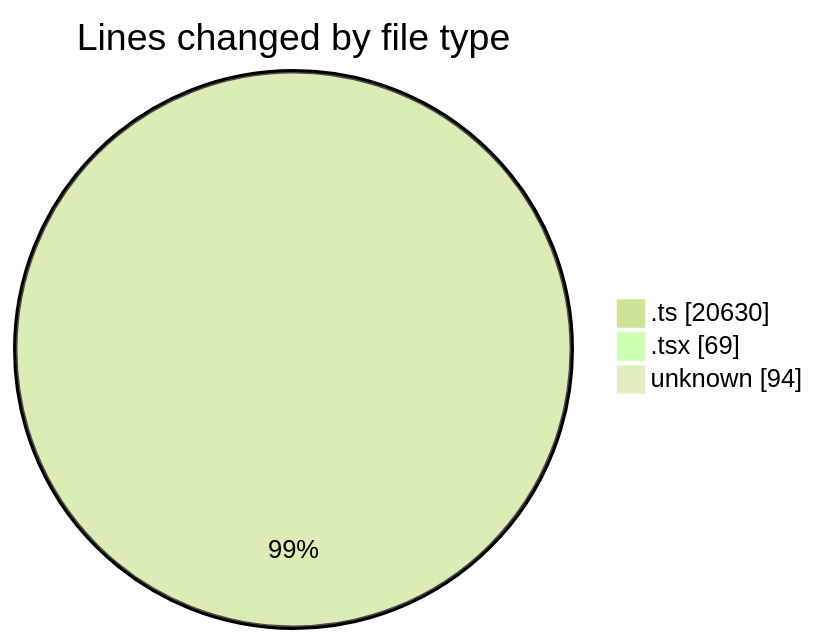
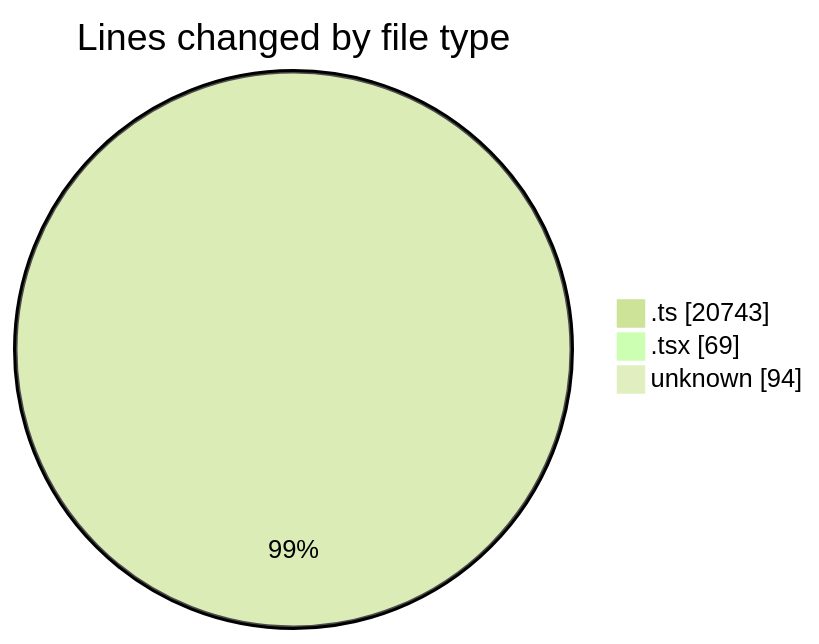
The first of 2 diagrams in 2025-09-11/cda/README.md (momahboobian/code-tracking), drawn with Mermaid (forest theme) before and after one commit. The commit also changed other lines of this file and 1 other file, not shown here.

````diff
--- a/2025-09-11/cda/README.md
+++ b/2025-09-11/cda/README.md
@@ -30,7 +31,7 @@
 ```mermaid
 pie showData
 title Lines changed by file type
-".ts" : 20630
+".ts" : 20743
 ".tsx" : 69
 "unknown" : 94
 ```
````
